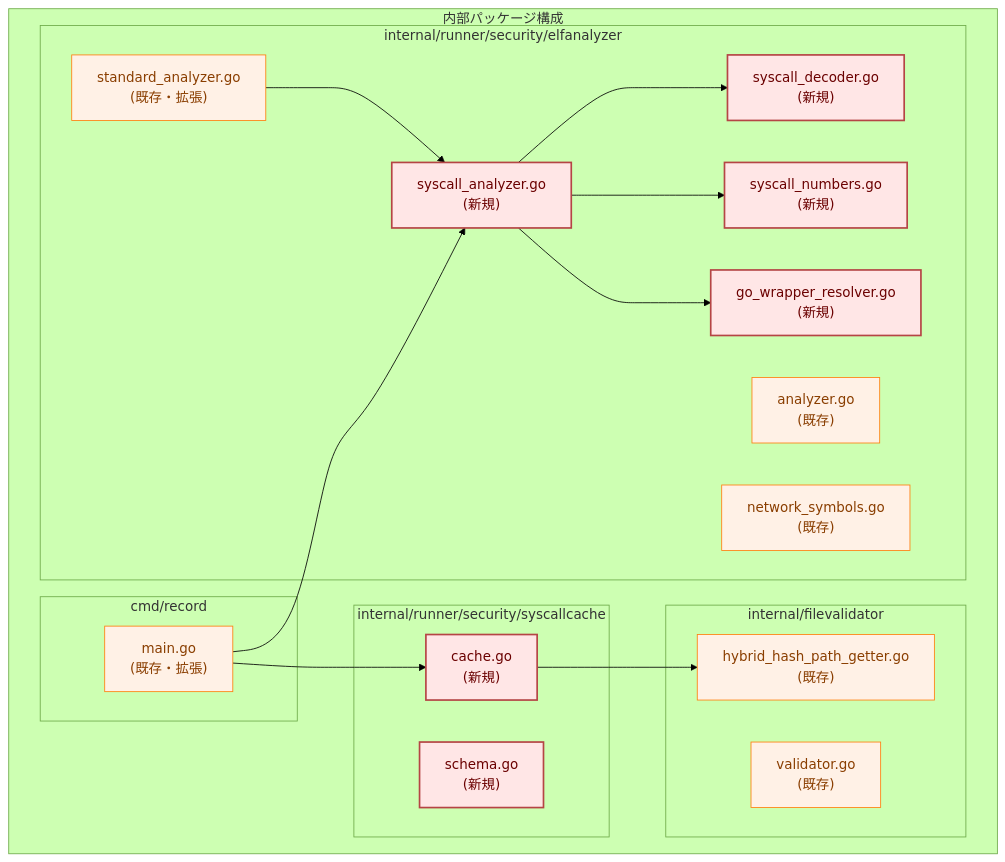
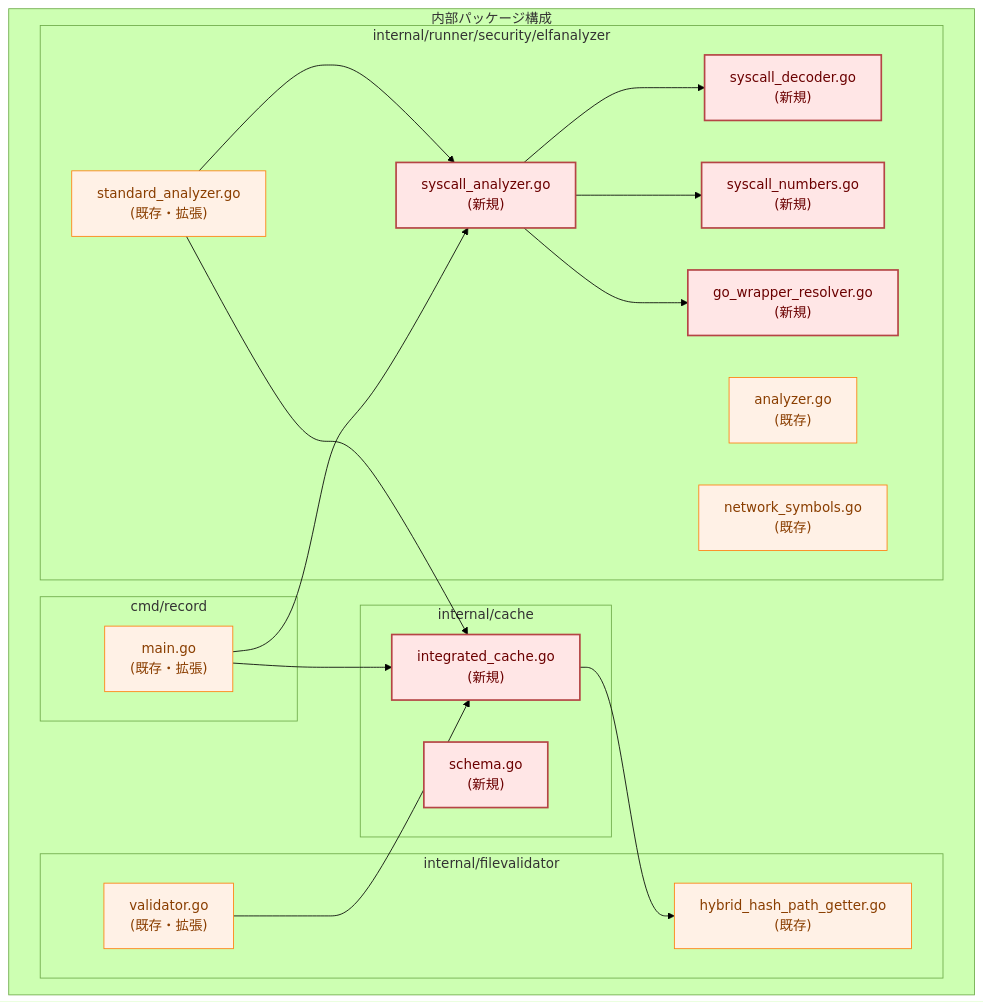
Before and after one commit to isseis/go-safe-cmd-runner: the fourth of 17 diagrams in docs/tasks/0070_elf_syscall_analysis/02_architecture.md, drawn with Mermaid (forest theme). The commit also changed other lines of this file and 1 other file, not shown here.

First line of the commit message:
Introduce integrated cache and migrate syscall-analysis cache into internal/cache

````diff
--- a/docs/tasks/0070_elf_syscall_analysis/02_architecture.md
+++ b/docs/tasks/0070_elf_syscall_analysis/02_architecture.md
@@ -92,44 +92,46 @@
 ```mermaid
 graph TB
     classDef data fill:#e6f7ff,stroke:#1f77b4,stroke-width:1px,color:#0b3d91
     classDef process fill:#fff1e6,stroke:#ff7f0e,stroke-width:1px,color:#8a3e00
     classDef enhanced fill:#e8f5e8,stroke:#2e8b57,stroke-width:2px,color:#006400
     classDef new fill:#ffe6e6,stroke:#b54545,stroke-width:2px,color:#6b0000
 
     subgraph "内部パッケージ構成"
         subgraph "internal/runner/security/elfanalyzer"
             A["analyzer.go<br>(既存)"]
             B["standard_analyzer.go<br>(既存・拡張)"]
             C["network_symbols.go<br>(既存)"]
             D["syscall_analyzer.go<br>(新規)"]
             E["syscall_decoder.go<br>(新規)"]
             F["syscall_numbers.go<br>(新規)"]
             G["go_wrapper_resolver.go<br>(新規)"]
         end
 
         subgraph "internal/filevalidator"
-            H["validator.go<br>(既存)"]
+            H["validator.go<br>(既存・拡張)"]
             I["hybrid_hash_path_getter.go<br>(既存)"]
         end
 
-        subgraph "internal/runner/security/syscallcache"
-            J["cache.go<br>(新規)"]
+        subgraph "internal/cache"
+            J["integrated_cache.go<br>(新規)"]
             K["schema.go<br>(新規)"]
         end
 
         subgraph "cmd/record"
             L["main.go<br>(既存・拡張)"]
         end
     end
 
     D --> E
     D --> F
     D --> G
     B --> D
+    B --> J
+    H --> J
     J --> I
     L --> D
     L --> J
 
     class A,B,C,H,I,L process
     class D,E,F,G,J,K new
 ```
````
